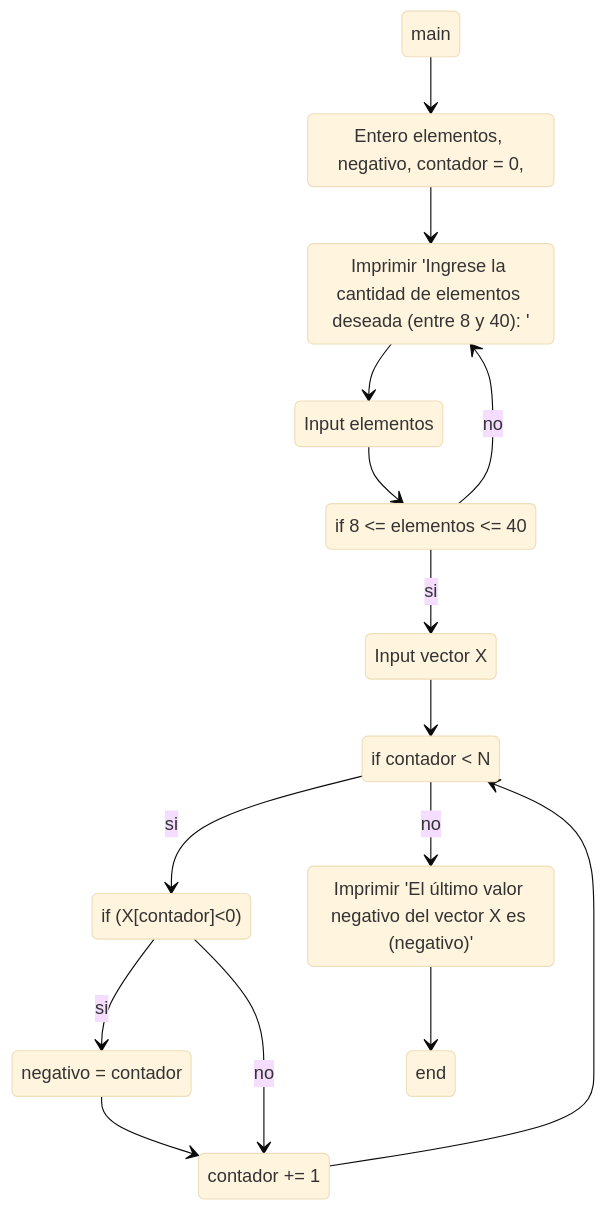
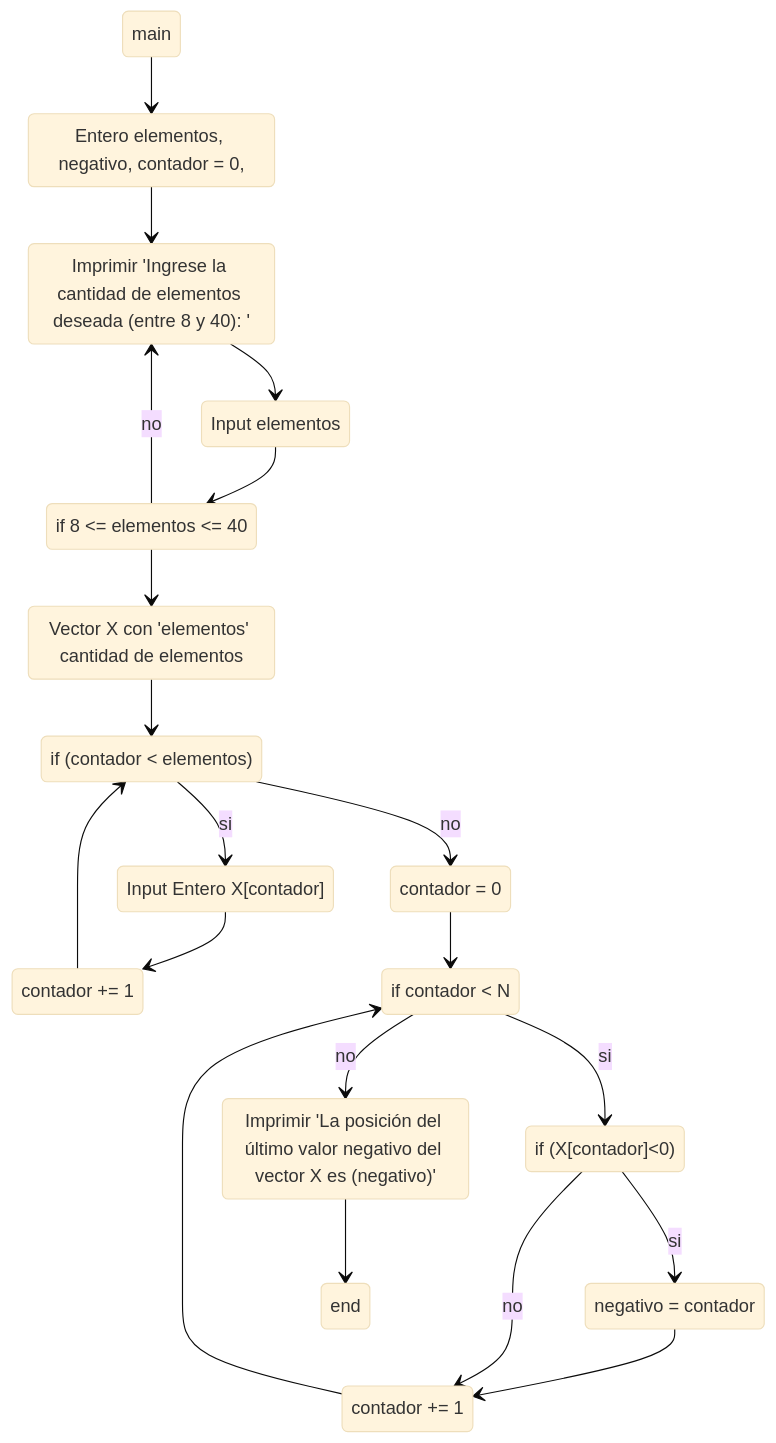
The diagram in Ejercicios TP8 bis/2.md (ValentinJM/TP-8), drawn with Mermaid (base theme) before and after one commit.

Commit message:
Actualización

````diff
--- a/Ejercicios TP8 bis/2.md
+++ b/Ejercicios TP8 bis/2.md
@@ -2,28 +2,41 @@
 ```mermaid
 stateDiagram-v2
 state "Entero elementos, negativo, contador = 0," as def
 state "Imprimir 'Ingrese la cantidad de elementos deseada (entre 8 y 40): '" as cant
 state "Input elementos" as elem
 state "if 8 <= elementos <= 40" as cond0
-state "Input vector X" as vector
+
+state "Vector X con 'elementos' cantidad de elementos" as DEC1
+state "if (contador < elementos)" as COND_INPUT
+state "Input Entero X[contador]" as INPUT_VEC
+state "contador += 1" as INPUT_RES
+state "contador = 0" as RES_FINAL_INPUT
+
 state "if contador < N" as cond
 state "if (X[contador]<0)" as cond2
 state "negativo = contador" as neg
 state "contador += 1" as cont
-state "Imprimir 'El último valor negativo del vector X es (negativo)'" as print
+state "Imprimir 'La posición del último valor negativo del vector X es (negativo)'" as print
     main --> def
     def --> cant
     cant --> elem
     elem --> cond0
-    cond0 --> vector : si
+    cond0 --> DEC1
     cond0 --> cant : no
-    vector --> cond
+    
+    DEC1 --> COND_INPUT
+    COND_INPUT --> INPUT_VEC : si
+    INPUT_VEC --> INPUT_RES
+    INPUT_RES --> COND_INPUT
+    COND_INPUT --> RES_FINAL_INPUT : no
+    
+    RES_FINAL_INPUT --> cond
     cond --> cond2 : si
     cond --> print : no
     cond2 --> neg : si
     neg --> cont
     cont --> cond
     cond2 --> cont : no
     
     print --> end
 ```
````
